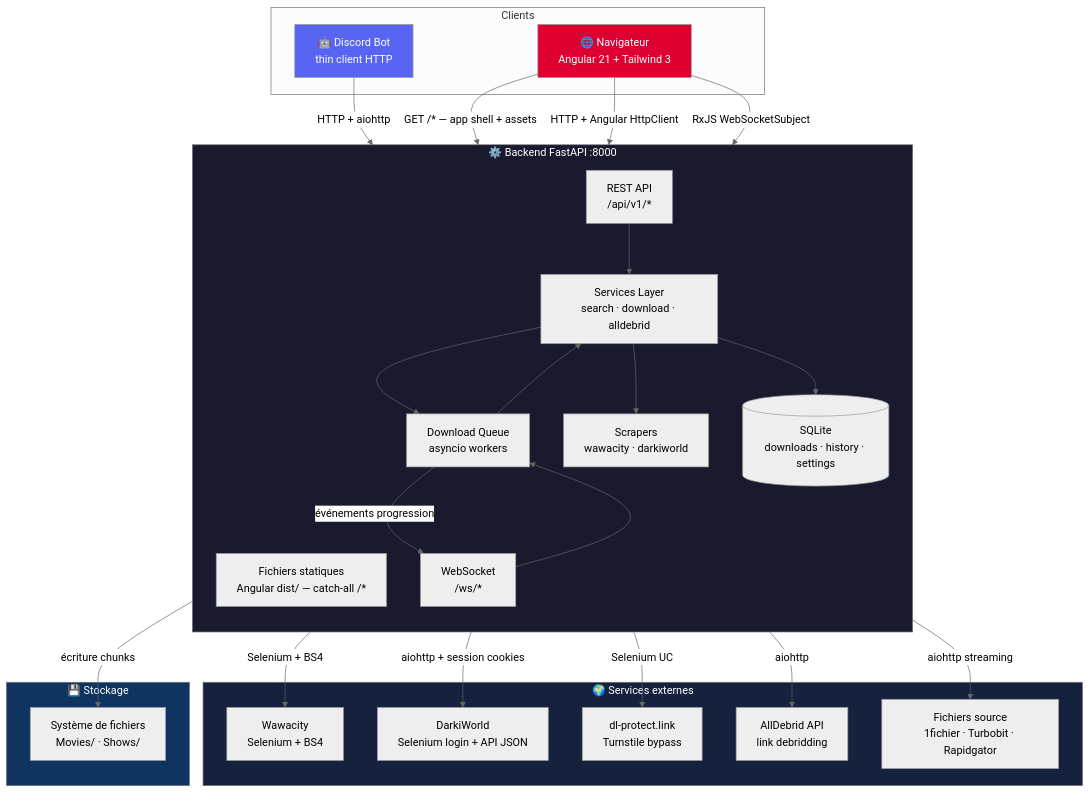
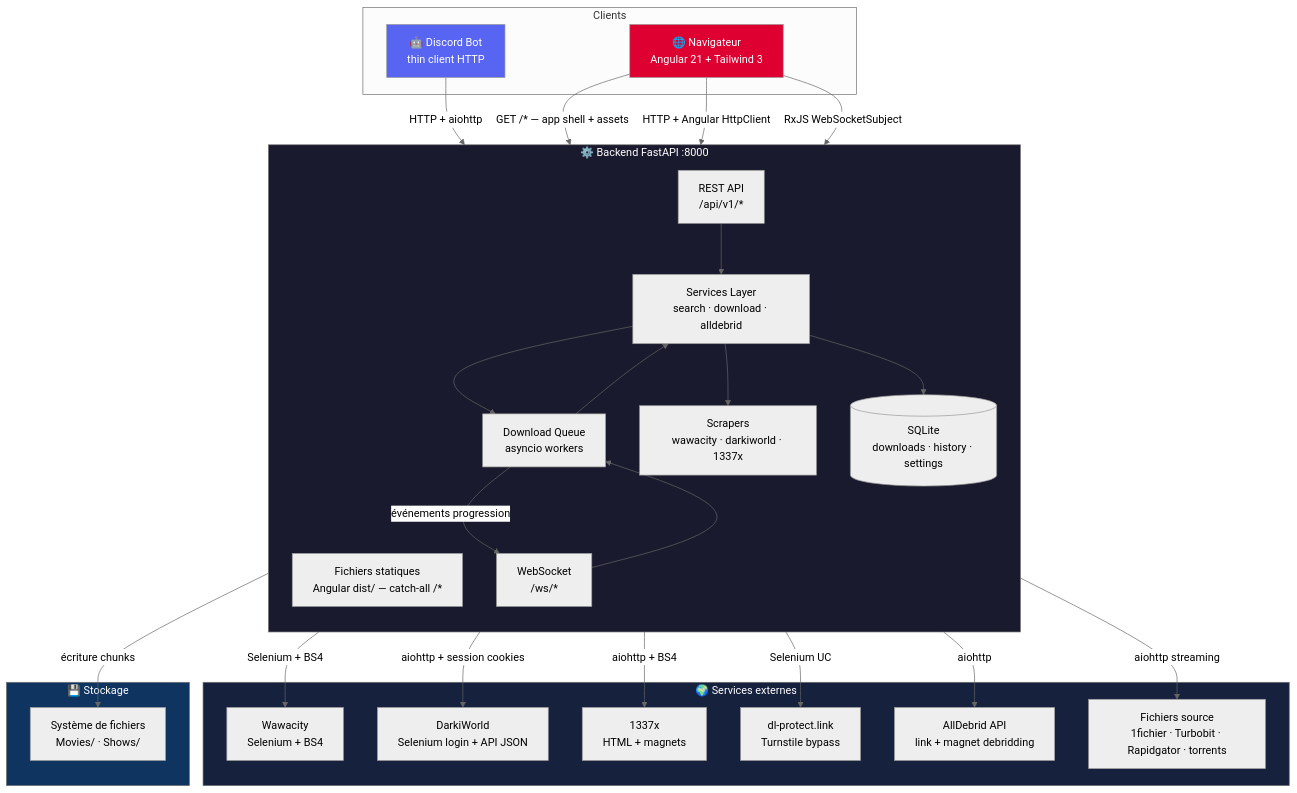
The first of 7 diagrams in docs/architecture-v2.md (Gon3s/dl_discord_bot), drawn with Mermaid (neutral theme) before and after one commit. The commit also changed other lines of this file and 15 other files, not shown here.

````diff
--- a/docs/architecture-v2.md
+++ b/docs/architecture-v2.md
@@ -5,56 +5,58 @@
 ```mermaid
 graph TB
     subgraph Clients
         DC[🤖 Discord Bot<br/>thin client HTTP]
         WB[🌐 Navigateur<br/>Angular 21 + Tailwind 3]
     end
 
     subgraph Backend["⚙️ Backend FastAPI :8000"]
         direction TB
         SPA[Fichiers statiques<br/>Angular dist/ — catch-all /*]
         API[REST API<br/>/api/v1/*]
         WS[WebSocket<br/>/ws/*]
         SVC[Services Layer<br/>search · download · alldebrid]
         QUEUE[Download Queue<br/>asyncio workers]
-        SCRAPERS[Scrapers<br/>wawacity · darkiworld]
+        SCRAPERS[Scrapers<br/>wawacity · darkiworld · 1337x]
         DB[(SQLite<br/>downloads · history · settings)]
     end
 
     subgraph External["🌍 Services externes"]
         WAW[Wawacity<br/>Selenium + BS4]
         DWX[DarkiWorld<br/>Selenium login + API JSON]
+        X1337[1337x<br/>HTML + magnets]
         DLP[dl-protect.link<br/>Turnstile bypass]
-        AD[AllDebrid API<br/>link debridding]
-        CDN[Fichiers source<br/>1fichier · Turbobit · Rapidgator]
+        AD[AllDebrid API<br/>link + magnet debridding]
+        CDN[Fichiers source<br/>1fichier · Turbobit · Rapidgator · torrents]
     end
 
     subgraph Storage["💾 Stockage"]
         FS[Système de fichiers<br/>Movies/ · Shows/]
     end
 
     DC -->|HTTP + aiohttp| API
     WB -->|"GET /* — app shell + assets"| SPA
     WB -->|HTTP + Angular HttpClient| API
     WB -->|RxJS WebSocketSubject| WS
 
     API --> SVC
     WS --> QUEUE
     SVC --> QUEUE
     SVC --> SCRAPERS
     SVC --> DB
     QUEUE --> SVC
     QUEUE -->|événements progression| WS
 
     SCRAPERS -->|Selenium + BS4| WAW
     SCRAPERS -->|aiohttp + session cookies| DWX
+    SCRAPERS -->|aiohttp + BS4| X1337
     SCRAPERS -->|Selenium UC| DLP
     SVC -->|aiohttp| AD
     QUEUE -->|aiohttp streaming| CDN
     QUEUE -->|écriture chunks| FS
 
     style DC fill:#5865F2,color:#fff
     style WB fill:#DD0031,color:#fff
     style Backend fill:#1a1a2e,color:#fff
     style External fill:#16213e,color:#fff
     style Storage fill:#0f3460,color:#fff
 ```
````
